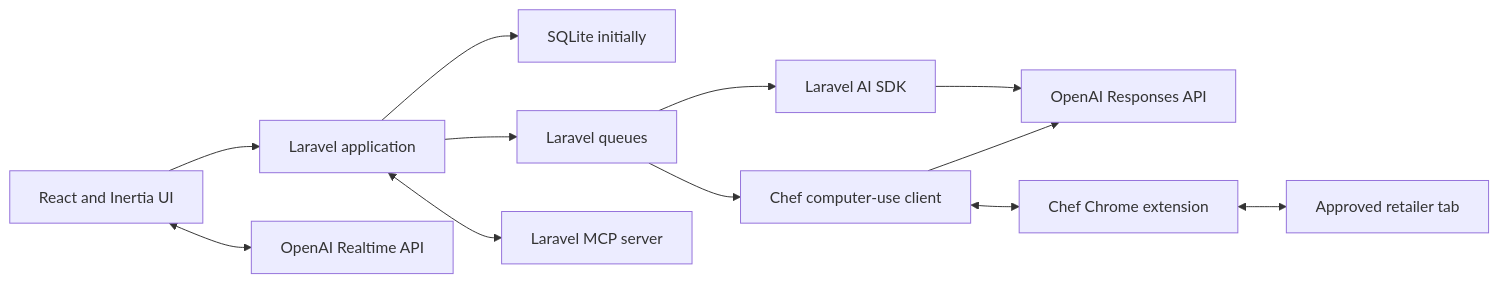
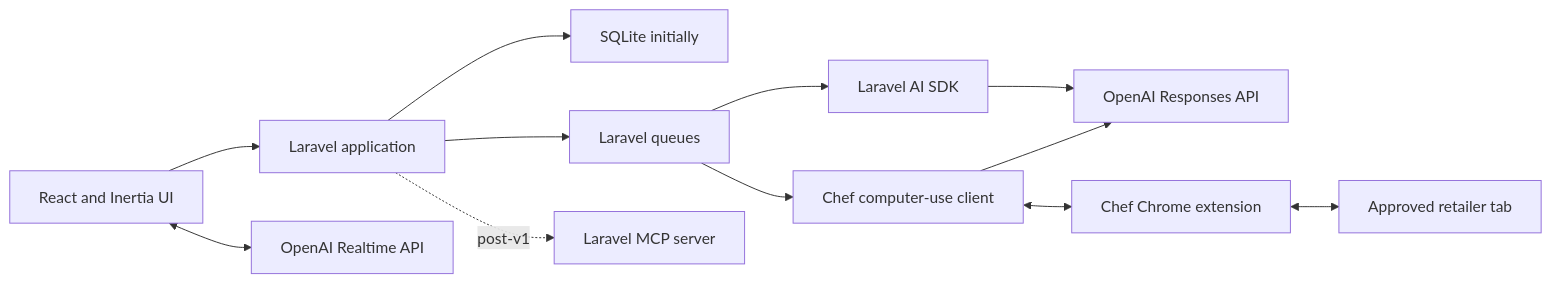
One commit to DanielFerguson/chef changed the diagram in docs/IMPLEMENTATION.md. Above: the diagram before and after it, drawn with Mermaid. The commit also changed other lines of this file and 3 other files, not shown here.

````diff
--- a/docs/IMPLEMENTATION.md
+++ b/docs/IMPLEMENTATION.md
@@ -305,14 +305,14 @@
 ```mermaid
 flowchart LR
     UI["React and Inertia UI"] --> APP["Laravel application"]
     UI <--> REALTIME["OpenAI Realtime API"]
     APP --> DB["SQLite initially"]
     APP --> QUEUE["Laravel queues"]
     QUEUE --> SDK["Laravel AI SDK"]
     SDK --> RESPONSES["OpenAI Responses API"]
     QUEUE --> CUA["Chef computer-use client"]
     CUA --> RESPONSES
     CUA <--> EXT["Chef Chrome extension"]
     EXT <--> TAB["Approved retailer tab"]
-    APP <--> MCP["Laravel MCP server"]
+    APP -. post-v1 .-> MCP["Laravel MCP server"]
 ```
````
